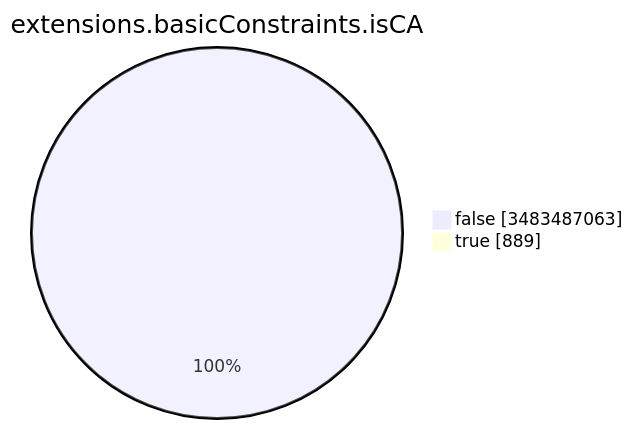
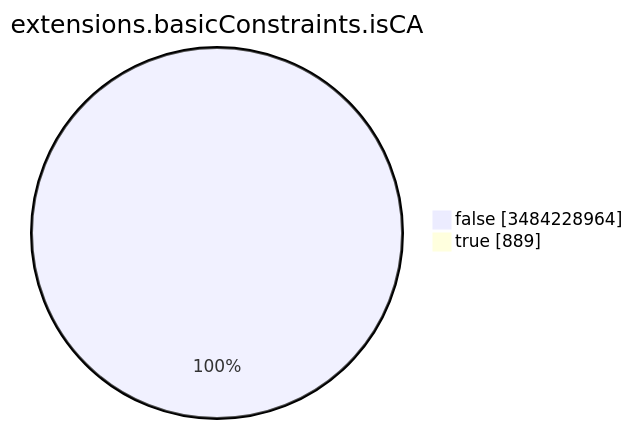
Before and after one commit to christiankrug/ctmonitor_visualization: the seventh of 15 diagrams in TOTAL/README.md, drawn with Mermaid. The commit also changed other lines of this file, not shown here.

````diff
--- a/TOTAL/README.md
+++ b/TOTAL/README.md
@@ -3093,6 +3093,6 @@
 ```mermaid
 pie showData
 title extensions.basicConstraints.isCA
-"false" :3483487063
+"false" :3484228964
 "true" :889
 ```
````
